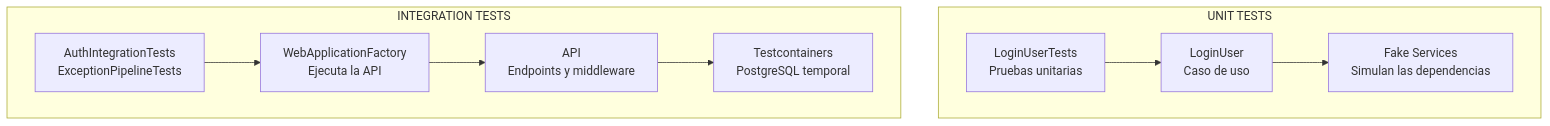
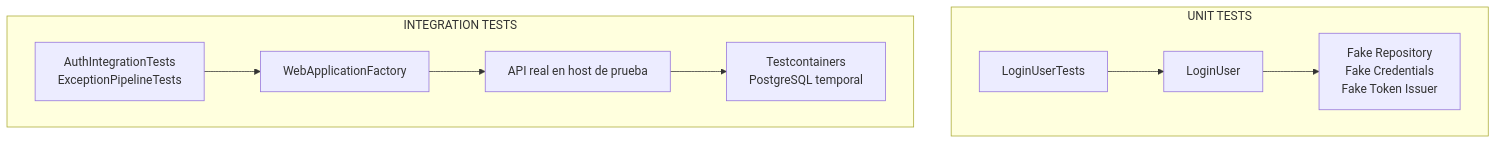
One commit to MLahuasi/FEPP-ContaOps changed the seventh of 7 diagrams in specs/implementation/02-identidad-roles-jwt-imp.md. Above: the diagram before and after it, drawn with Mermaid. The commit also changed other lines of this file and 22 other files, not shown here.

````diff
--- a/specs/implementation/02-identidad-roles-jwt-imp.md
+++ b/specs/implementation/02-identidad-roles-jwt-imp.md
@@ -1737,22 +608,12 @@
 ```mermaid
 flowchart TB
-    subgraph UnitTests["UNIT TESTS"]
-        UT["LoginUserTests<br/>Pruebas unitarias"]
-        Fake["Fake Services<br/>Simulan las dependencias"]
-        Login["LoginUser<br/>Caso de uso"]
-
-        UT --> Login
-        Login --> Fake
+    subgraph Unit["UNIT TESTS"]
+        Tests["LoginUserTests"] --> Login["LoginUser"]
+        Login --> Fakes["Fake Repository<br/>Fake Credentials<br/>Fake Token Issuer"]
     end
-
-    subgraph IntegrationTests["INTEGRATION TESTS"]
-        IT["AuthIntegrationTests<br/>ExceptionPipelineTests"]
-        Factory["WebApplicationFactory<br/>Ejecuta la API"]
-        API["API<br/>Endpoints y middleware"]
-        Container["Testcontainers<br/>PostgreSQL temporal"]
-
-        IT --> Factory
-        Factory --> API
-        API --> Container
+    subgraph Integration["INTEGRATION TESTS"]
+        IntegrationTests["AuthIntegrationTests<br/>ExceptionPipelineTests"] --> Factory["WebApplicationFactory"]
+        Factory --> API["API real en host de prueba"]
+        API --> DB["Testcontainers<br/>PostgreSQL temporal"]
     end
 ```
````
